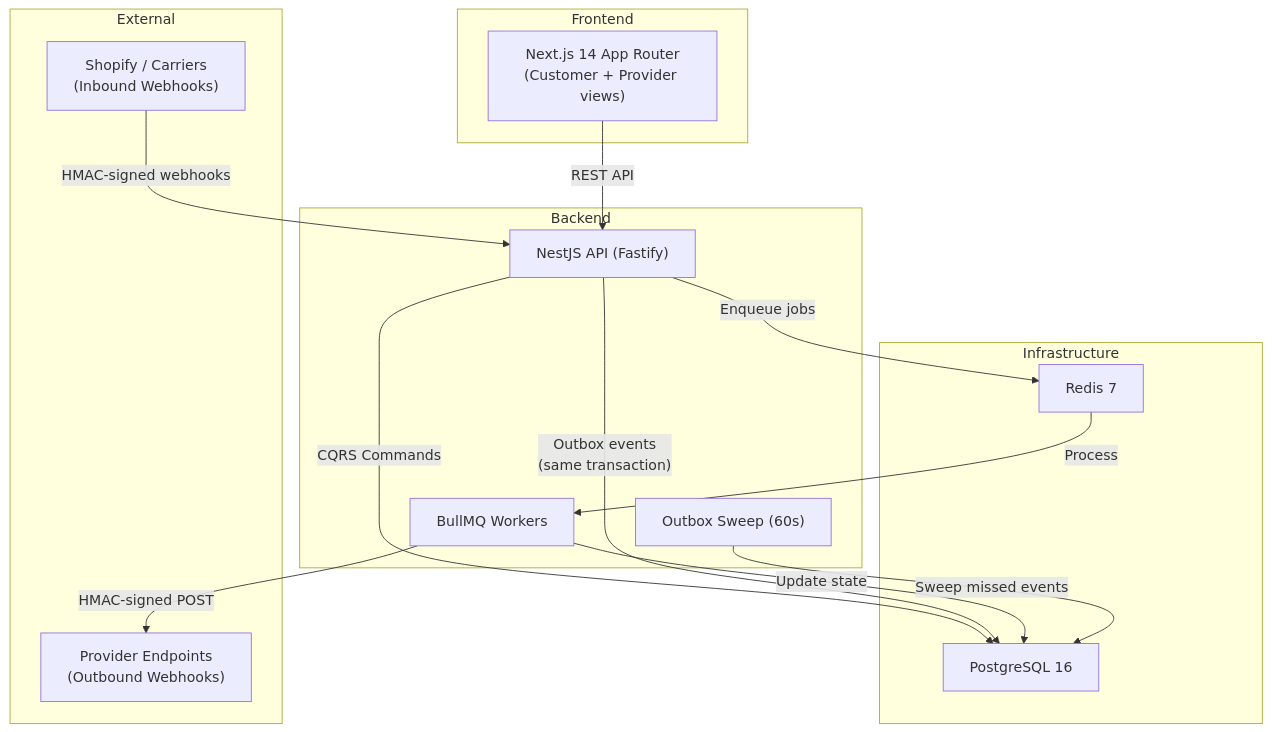
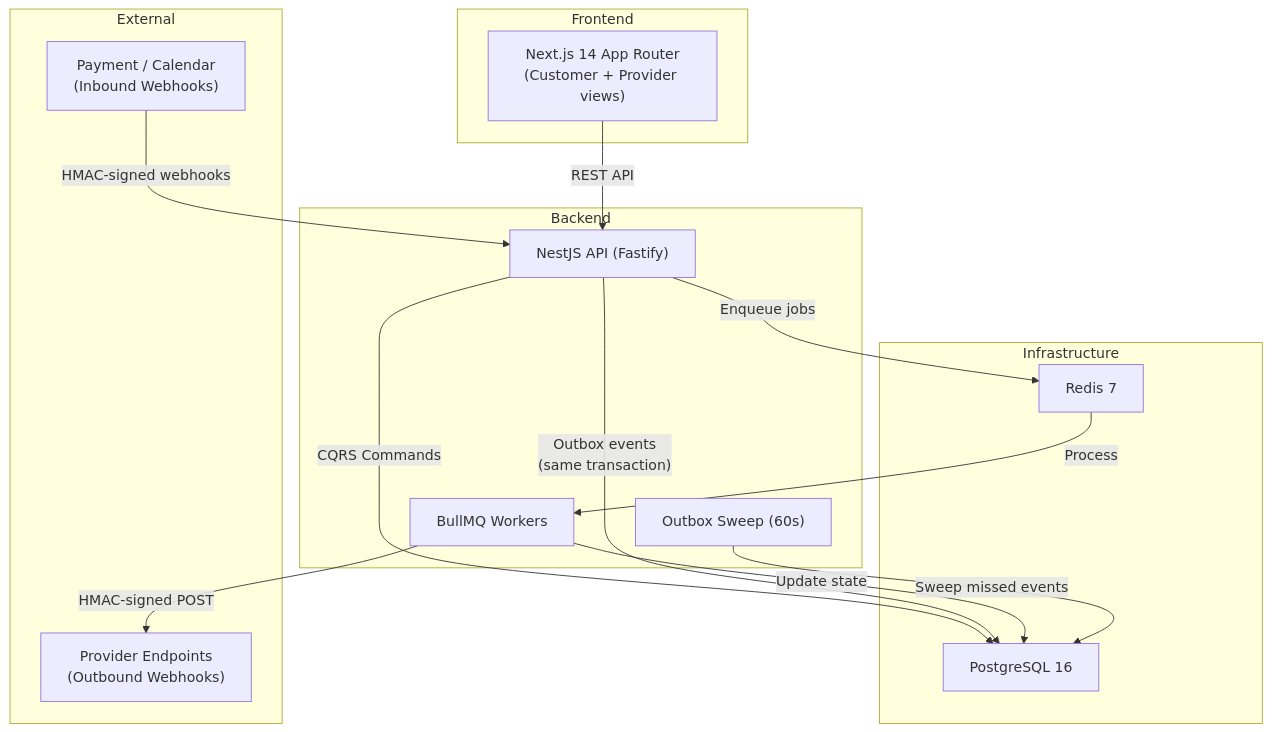
The diagram in README.md (jeromejhipolito/booking-system), drawn with Mermaid before and after one commit. The commit also changed other lines of this file, not shown here.

Commit message:
Fix README: remove Shopify references (belongs to MerchantFlow, not BookIt)

````diff
--- a/README.md
+++ b/README.md
@@ -11,32 +11,32 @@
 ```mermaid
 graph TB
     subgraph "Frontend"
         WEB["Next.js 14 App Router<br/>(Customer + Provider views)"]
     end
 
     subgraph "Backend"
         API["NestJS API (Fastify)"]
         WORKER["BullMQ Workers"]
         CRON["Outbox Sweep (60s)"]
     end
 
     subgraph "Infrastructure"
         PG["PostgreSQL 16"]
         REDIS["Redis 7"]
     end
 
     subgraph "External"
-        EXT["Shopify / Carriers<br/>(Inbound Webhooks)"]
+        EXT["Payment / Calendar<br/>(Inbound Webhooks)"]
         PROVIDER["Provider Endpoints<br/>(Outbound Webhooks)"]
     end
 
     WEB -->|"REST API"| API
     EXT -->|"HMAC-signed webhooks"| API
     API -->|"CQRS Commands"| PG
     API -->|"Outbox events<br/>(same transaction)"| PG
     API -->|"Enqueue jobs"| REDIS
     REDIS -->|"Process"| WORKER
     WORKER -->|"HMAC-signed POST"| PROVIDER
     WORKER -->|"Update state"| PG
     CRON -->|"Sweep missed events"| PG
 ```
````
